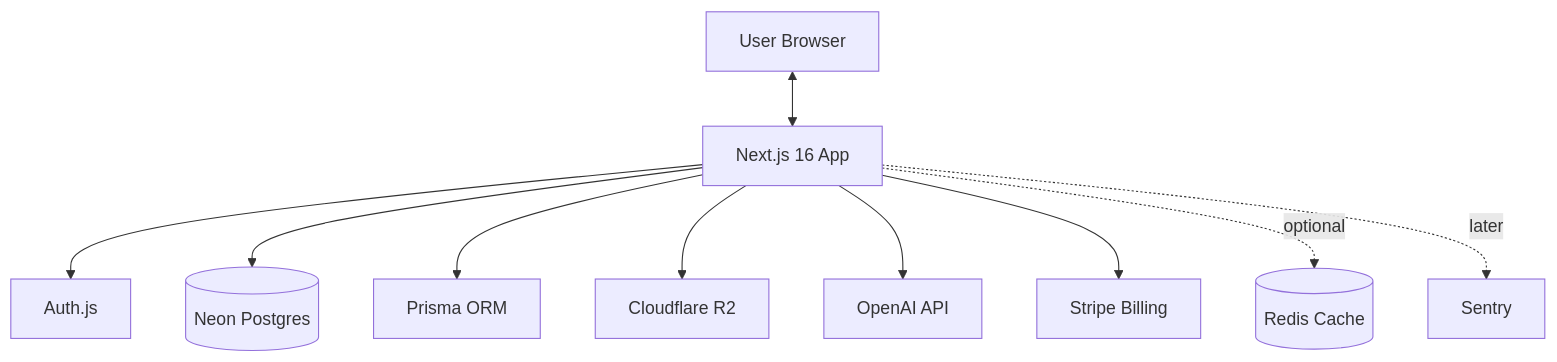
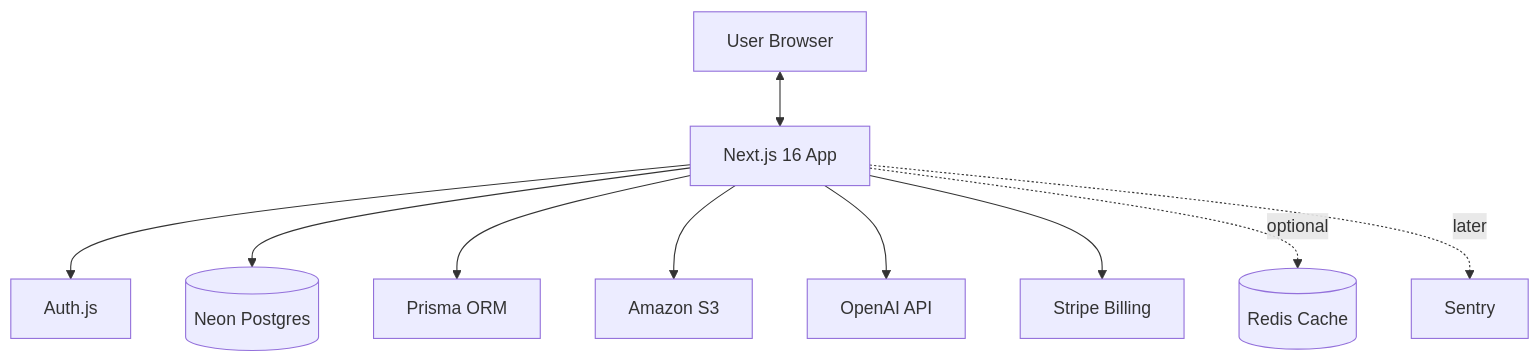
One commit to rmylipally/devstash changed the first of 4 diagrams in context/project-overview.md. Above: the diagram before and after it, drawn with Mermaid. The commit also changed other lines of this file and 20 other files, not shown here.

````diff
--- a/context/project-overview.md
+++ b/context/project-overview.md
@@ -225,12 +225,12 @@
 ```mermaid
 graph TD
   U[User Browser] <--> A[Next.js 16 App]
   A --> AUTH[Auth.js]
   A --> DB[(Neon Postgres)]
   A --> ORM[Prisma ORM]
-  A --> R2[Cloudflare R2]
+  A --> S3[Amazon S3]
   A --> OAI[OpenAI API]
   A --> STRIPE[Stripe Billing]
   A -. optional .-> REDIS[(Redis Cache)]
   A -. later .-> SENTRY[Sentry]
 ```
````
